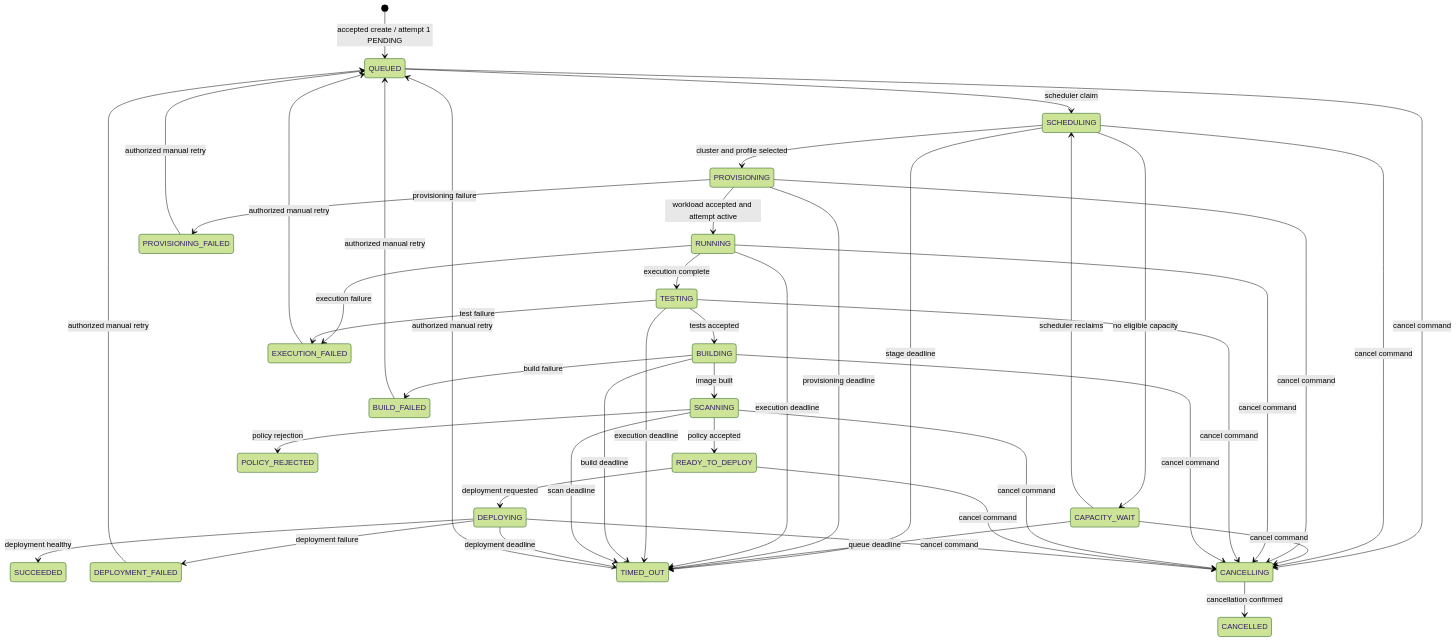
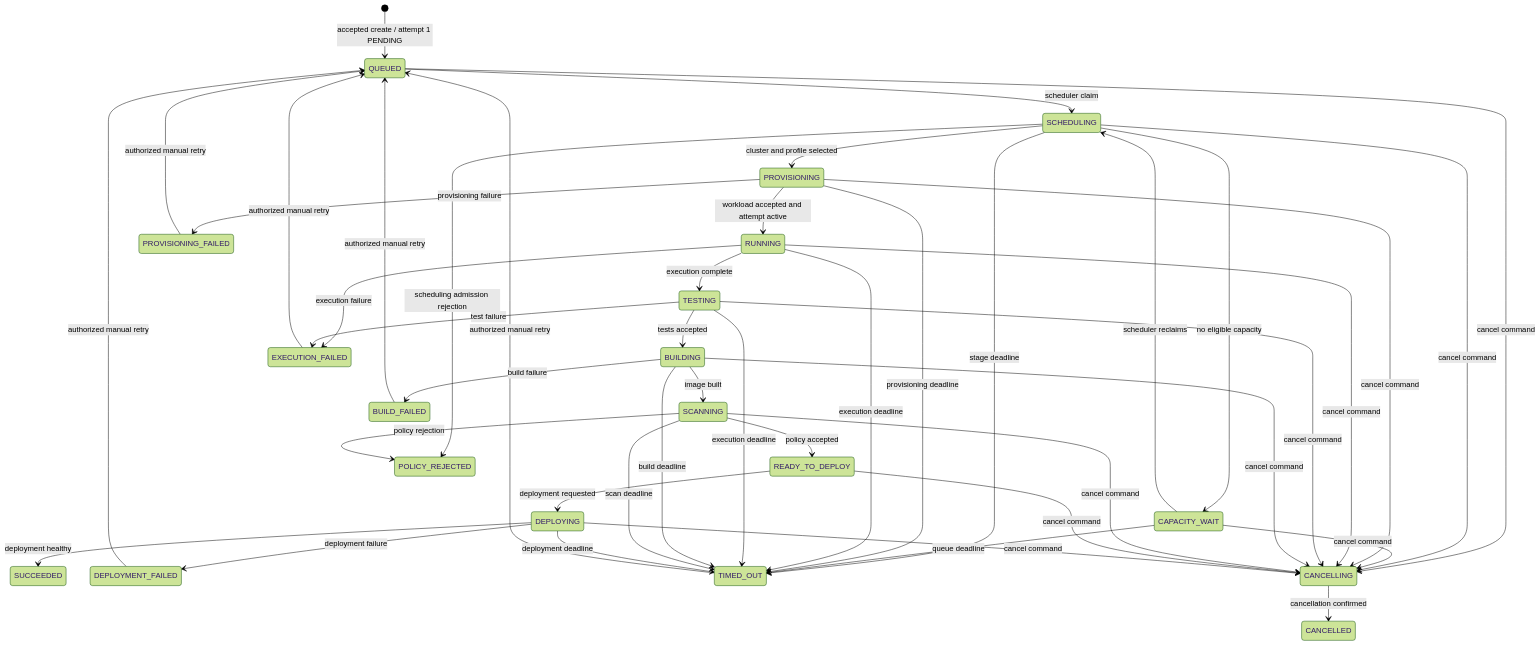
One commit to sid995/AgentForge changed the first of 2 diagrams in specs/03-domain/02-state-machines.md. Above: the diagram before and after it, drawn with Mermaid (forest theme). The commit also changed other lines of this file and 40 other files, not shown here.

````diff
--- a/specs/03-domain/02-state-machines.md
+++ b/specs/03-domain/02-state-machines.md
@@ -30,49 +30,50 @@
 ```mermaid
 stateDiagram-v2
     [*] --> QUEUED: accepted create / attempt 1 PENDING
     QUEUED --> SCHEDULING: scheduler claim
     SCHEDULING --> CAPACITY_WAIT: no eligible capacity
     CAPACITY_WAIT --> SCHEDULING: scheduler reclaims
     SCHEDULING --> PROVISIONING: cluster and profile selected
     PROVISIONING --> RUNNING: workload accepted and attempt active
     RUNNING --> TESTING: execution complete
     TESTING --> BUILDING: tests accepted
     BUILDING --> SCANNING: image built
     SCANNING --> READY_TO_DEPLOY: policy accepted
     READY_TO_DEPLOY --> DEPLOYING: deployment requested
     DEPLOYING --> SUCCEEDED: deployment healthy
 
     PROVISIONING --> PROVISIONING_FAILED: provisioning failure
     RUNNING --> EXECUTION_FAILED: execution failure
     TESTING --> EXECUTION_FAILED: test failure
     BUILDING --> BUILD_FAILED: build failure
+    SCHEDULING --> POLICY_REJECTED: scheduling admission rejection
     SCANNING --> POLICY_REJECTED: policy rejection
     DEPLOYING --> DEPLOYMENT_FAILED: deployment failure
 
     SCHEDULING --> TIMED_OUT: stage deadline
     CAPACITY_WAIT --> TIMED_OUT: queue deadline
     PROVISIONING --> TIMED_OUT: provisioning deadline
     RUNNING --> TIMED_OUT: execution deadline
     TESTING --> TIMED_OUT: execution deadline
     BUILDING --> TIMED_OUT: build deadline
     SCANNING --> TIMED_OUT: scan deadline
     DEPLOYING --> TIMED_OUT: deployment deadline
 
     QUEUED --> CANCELLING: cancel command
     SCHEDULING --> CANCELLING: cancel command
     CAPACITY_WAIT --> CANCELLING: cancel command
     PROVISIONING --> CANCELLING: cancel command
     RUNNING --> CANCELLING: cancel command
     TESTING --> CANCELLING: cancel command
     BUILDING --> CANCELLING: cancel command
     SCANNING --> CANCELLING: cancel command
     READY_TO_DEPLOY --> CANCELLING: cancel command
     DEPLOYING --> CANCELLING: cancel command
     CANCELLING --> CANCELLED: cancellation confirmed
 
     PROVISIONING_FAILED --> QUEUED: authorized manual retry
     EXECUTION_FAILED --> QUEUED: authorized manual retry
     BUILD_FAILED --> QUEUED: authorized manual retry
     DEPLOYMENT_FAILED --> QUEUED: authorized manual retry
     TIMED_OUT --> QUEUED: authorized manual retry
 ```
````
